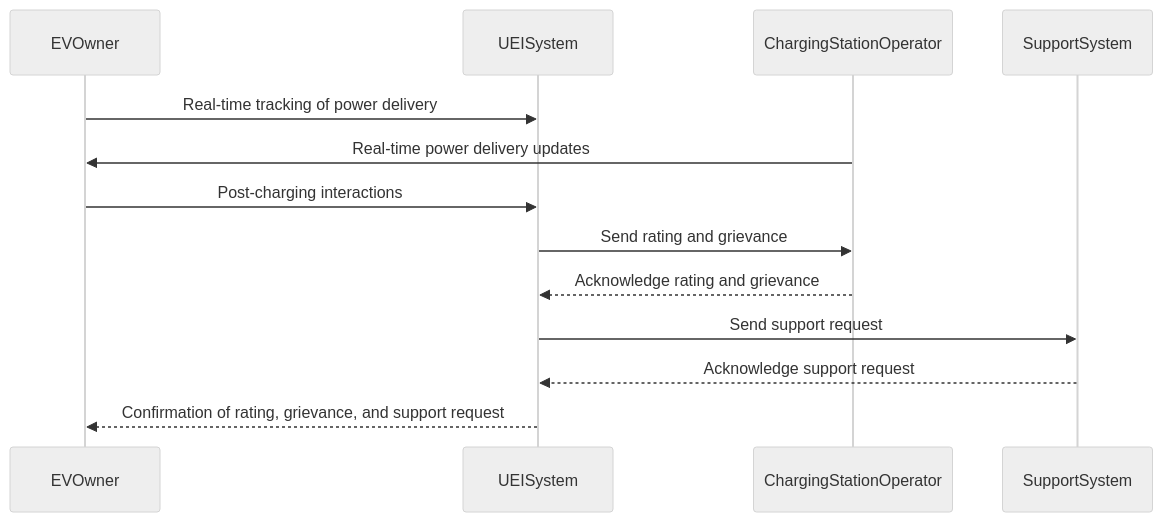
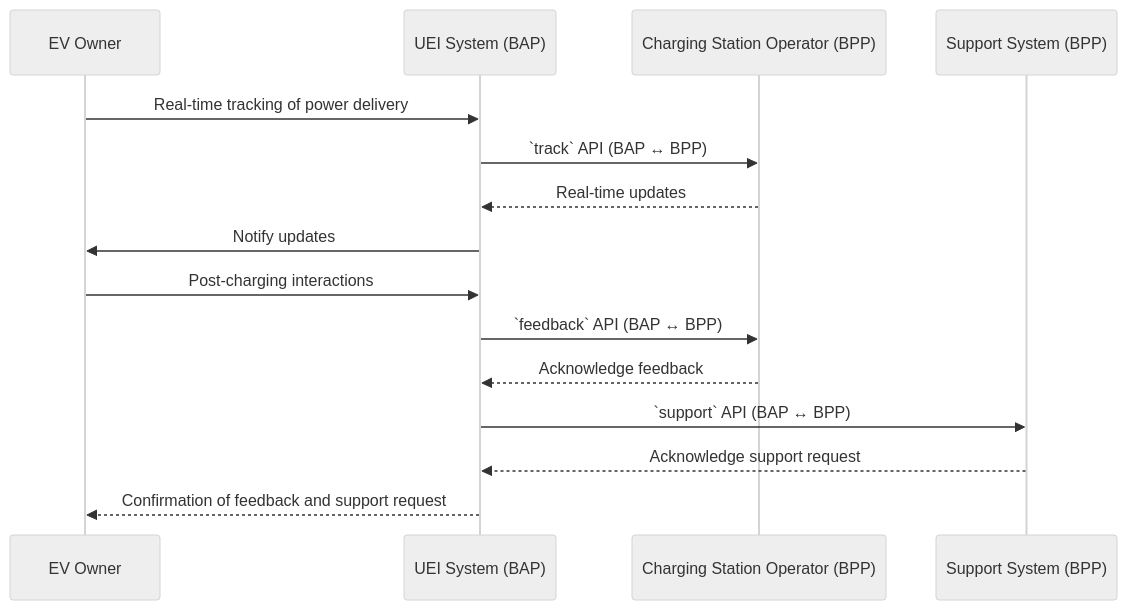
The fourth of 4 diagrams in docs/ev-charging.md (Beckn-One/DEG), drawn with Mermaid (neutral theme) before and after one commit. The commit also changed other lines of this file, not shown here.

Commit message:
diagrams

````diff
--- a/docs/ev-charging.md
+++ b/docs/ev-charging.md
@@ -623,11 +653,19 @@
 ```mermaid
 sequenceDiagram
-EVOwner ->> UEISystem: Real-time tracking of power delivery
-ChargingStationOperator ->> EVOwner: Real-time power delivery updates
-EVOwner ->> UEISystem: Post-charging interactions 
-UEISystem ->> ChargingStationOperator: Send rating and grievance
-ChargingStationOperator -->> UEISystem: Acknowledge rating and grievance
-UEISystem ->> SupportSystem: Send support request 
-SupportSystem -->> UEISystem: Acknowledge support request 
-UEISystem -->> EVOwner: Confirmation of rating, grievance, and support request
+participant EV as EV Owner
+participant UI as UEI System (BAP)
+participant CSO as Charging Station Operator (BPP)
+participant SS as Support System (BPP)
+
+EV ->> UI: Real-time tracking of power delivery
+UI ->> CSO: `track` API (BAP ↔ BPP)
+CSO -->> UI: Real-time updates
+UI ->> EV: Notify updates
+
+EV ->> UI: Post-charging interactions
+UI ->> CSO: `feedback` API (BAP ↔ BPP)
+CSO -->> UI: Acknowledge feedback
+UI ->> SS: `support` API (BAP ↔ BPP)
+SS -->> UI: Acknowledge support request
+UI -->> EV: Confirmation of feedback and support request
 ```
````
